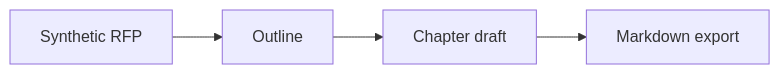
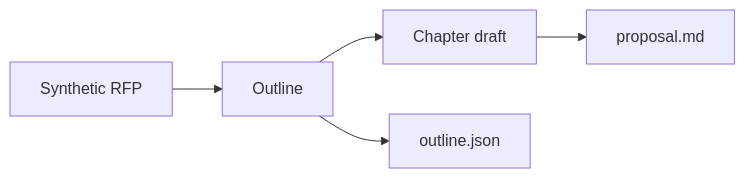
The diagram in README.md (mizuno0237/bidding-agent), drawn with Mermaid before and after one commit. The commit also changed other lines of this file and 6 other files, not shown here.

Commit message:
feat: export a JSON outline with the proposal

````diff
--- a/README.md
+++ b/README.md
@@ -11,6 +11,7 @@
 ```mermaid
 flowchart LR
   RFP[Synthetic RFP] --> Outline[Outline]
   Outline --> Draft[Chapter draft]
-  Draft --> Out[Markdown export]
+  Outline --> JSON[outline.json]
+  Draft --> Out[proposal.md]
 ```
````
